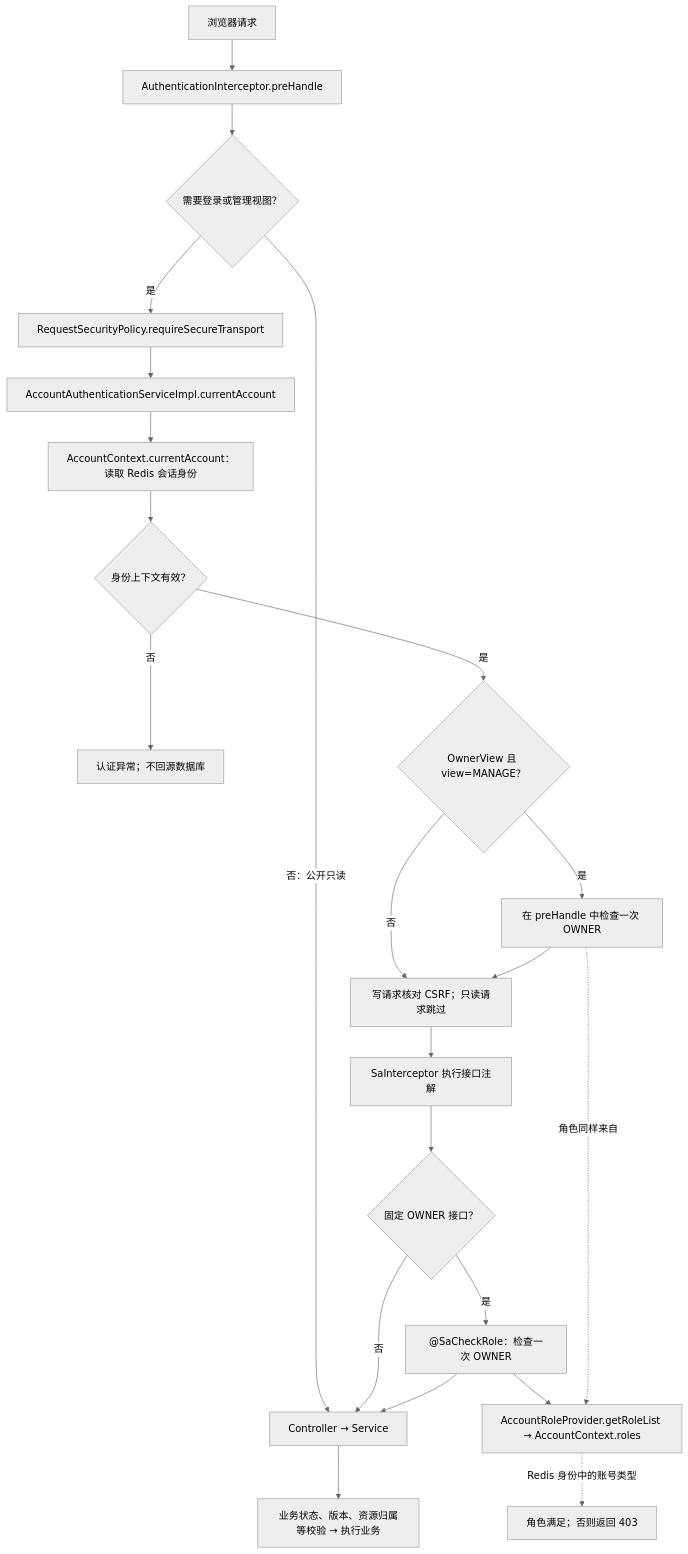
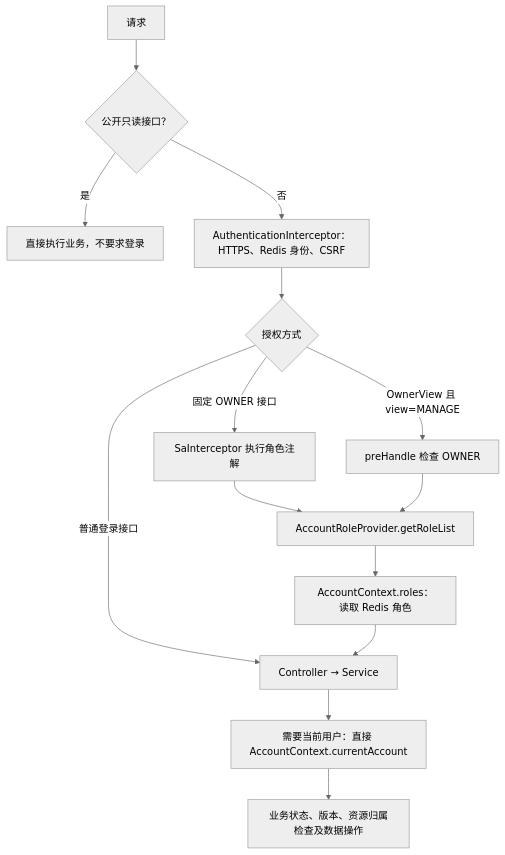
One commit to WKING66/mai-s-portfolio changed the second of 3 diagrams in resources/architecture/authentication-flow.md. Above: the diagram before and after it, drawn with Mermaid (neutral theme). The commit also changed other lines of this file and 28 other files, not shown here.

````diff
--- a/resources/architecture/authentication-flow.md
+++ b/resources/architecture/authentication-flow.md
@@ -30,24 +35,16 @@
 ```mermaid
 flowchart TD
-    A["浏览器请求"] --> B["AuthenticationInterceptor.preHandle"]
-    B --> C{"需要登录或管理视图？"}
-    C -- 否：公开只读 --> P["Controller → Service"]
-    C -- 是 --> D["RequestSecurityPolicy.requireSecureTransport"]
-    D --> E["AccountAuthenticationServiceImpl.currentAccount"]
-    E --> F["AccountContext.currentAccount：读取 Redis 会话身份"]
-    F --> G{"身份上下文有效？"}
-    G -- 否 --> X["认证异常；不回源数据库"]
-    G -- 是 --> H{"OwnerView 且 view=MANAGE？"}
-    H -- 是 --> I["在 preHandle 中检查一次 OWNER"]
-    H -- 否 --> J["写请求核对 CSRF；只读请求跳过"]
+    A[请求] --> B{公开只读接口？}
+    B -- 是 --> C[直接执行业务，不要求登录]
+    B -- 否 --> D[AuthenticationInterceptor：HTTPS、Redis 身份、CSRF]
+    D --> E{授权方式}
+    E -- 固定 OWNER 接口 --> F[SaInterceptor 执行角色注解]
+    E -- OwnerView 且 view=MANAGE --> G[preHandle 检查 OWNER]
+    E -- 普通登录接口 --> J[Controller → Service]
+    F --> H[AccountRoleProvider.getRoleList]
+    G --> H
+    H --> I[AccountContext.roles：读取 Redis 角色]
     I --> J
-    J --> K["SaInterceptor 执行接口注解"]
-    K --> L{"固定 OWNER 接口？"}
-    L -- 是 --> M["@SaCheckRole：检查一次 OWNER"]
-    L -- 否 --> P
-    M --> N["AccountRoleProvider.getRoleList → AccountContext.roles"]
-    I -. 角色同样来自 .-> N
-    N -. Redis 身份中的账号类型 .-> R["角色满足；否则返回 403"]
-    M --> P
-    P --> Q["业务状态、版本、资源归属等校验 → 执行业务"]
+    J --> K[需要当前用户：直接 AccountContext.currentAccount]
+    K --> L[业务状态、版本、资源归属检查及数据操作]
 ```
````
